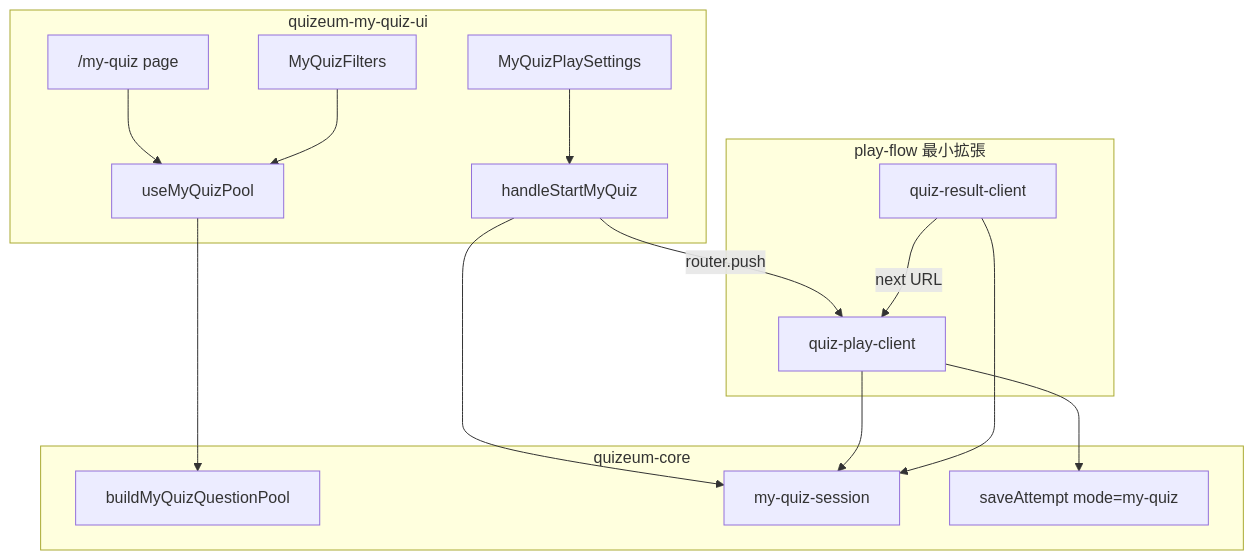
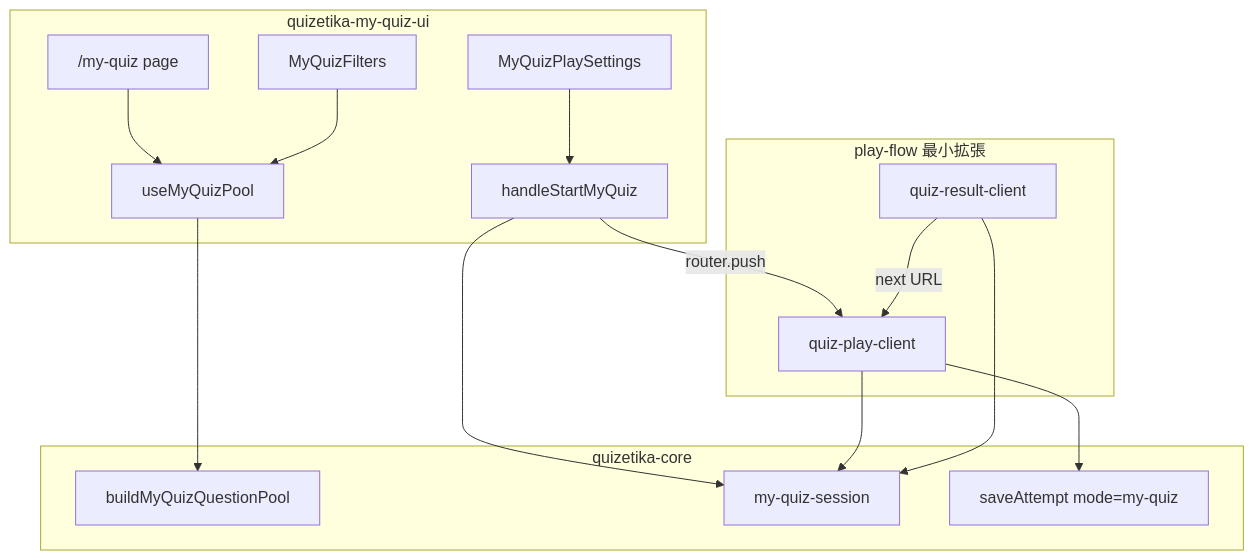
Before and after one commit to npressoworks/quizetika: the first of 2 diagrams in .kiro/specs/quizeum-my-quiz-ui/design.md, drawn with Mermaid. The commit also changed other lines of this file and 207 other files, not shown here.

````diff
--- a/.kiro/specs/quizeum-my-quiz-ui/design.md
+++ b/.kiro/specs/quizeum-my-quiz-ui/design.md
@@ -82,32 +82,32 @@
 ```mermaid
 graph TD
-  subgraph MyQuizUI["quizeum-my-quiz-ui"]
+  subgraph MyQuizUI["quizetika-my-quiz-ui"]
     Page["/my-quiz page"]
     Hook["useMyQuizPool"]
     Filters["MyQuizFilters"]
     Settings["MyQuizPlaySettings"]
     Start["handleStartMyQuiz"]
   end
 
-  subgraph Core["quizeum-core"]
+  subgraph Core["quizetika-core"]
     Pool["buildMyQuizQuestionPool"]
     Session["my-quiz-session"]
     Attempt["saveAttempt mode=my-quiz"]
   end
 
   subgraph PlayFlow["play-flow 最小拡張"]
     PlayClient["quiz-play-client"]
     ResultClient["quiz-result-client"]
   end
 
   Page --> Hook
   Hook --> Pool
   Filters --> Hook
   Settings --> Start
   Start --> Session
   Start -->|router.push| PlayClient
   PlayClient --> Session
   PlayClient --> Attempt
   ResultClient --> Session
   ResultClient -->|next URL| PlayClient
 ```
````
